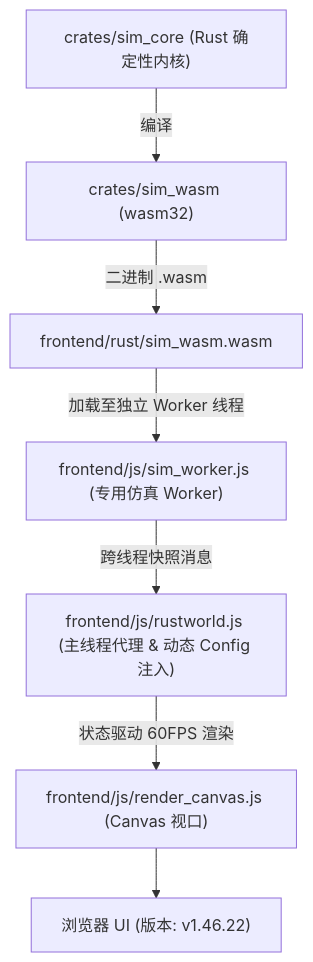
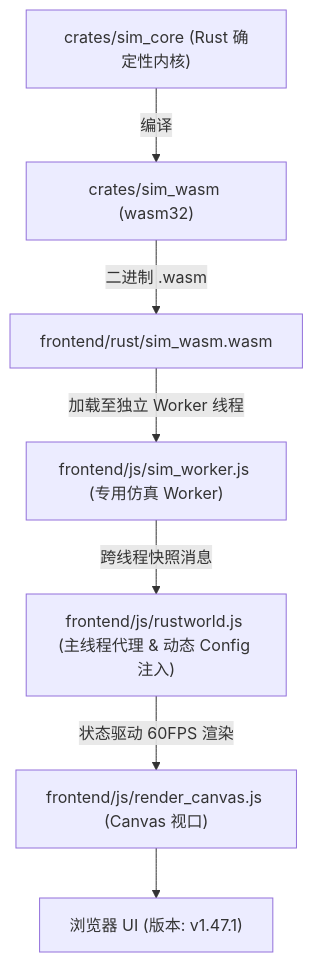
The diagram in AGENTS.md (g39088902/FlowAndAccord), drawn with Mermaid before and after one commit. The commit also changed other lines of this file and 36 other files, not shown here.

````diff
--- a/AGENTS.md
+++ b/AGENTS.md
@@ -61,9 +61,9 @@
 ```mermaid
 graph TD
     A["crates/sim_core (Rust 确定性内核)"] -->|编译| B["crates/sim_wasm (wasm32)"]
     B -->|二进制 .wasm| C["frontend/rust/sim_wasm.wasm"]
     C -->|加载至独立 Worker 线程| D["frontend/js/sim_worker.js (专用仿真 Worker)"]
     D -->|跨线程快照消息| E["frontend/js/rustworld.js (主线程代理 & 动态 Config 注入)"]
     E -->|状态驱动 60FPS 渲染| F["frontend/js/render_canvas.js (Canvas 视口)"]
-    F --> G["浏览器 UI (版本: v1.46.22)"]
+    F --> G["浏览器 UI (版本: v1.47.1)"]
 ```
````
